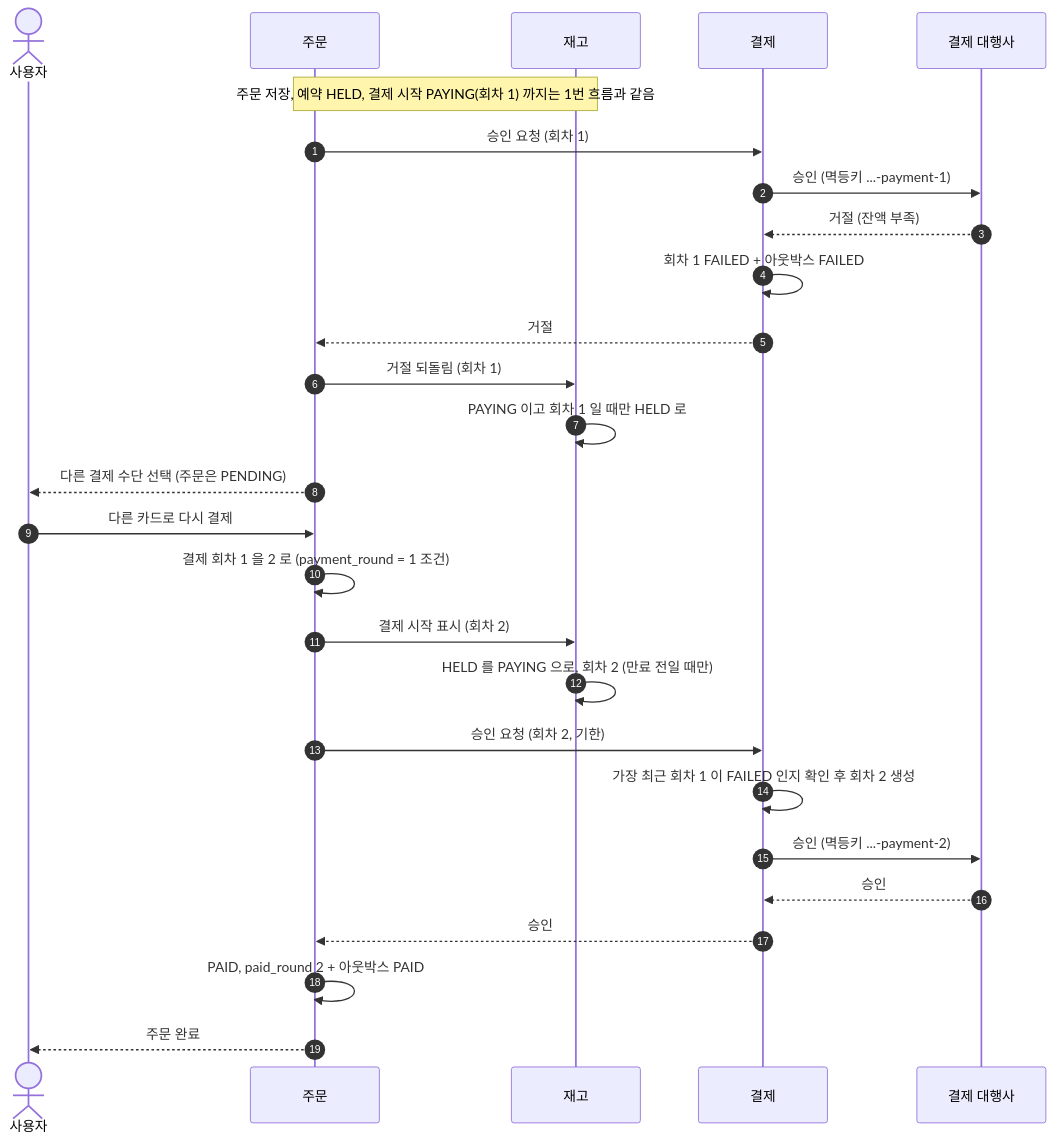
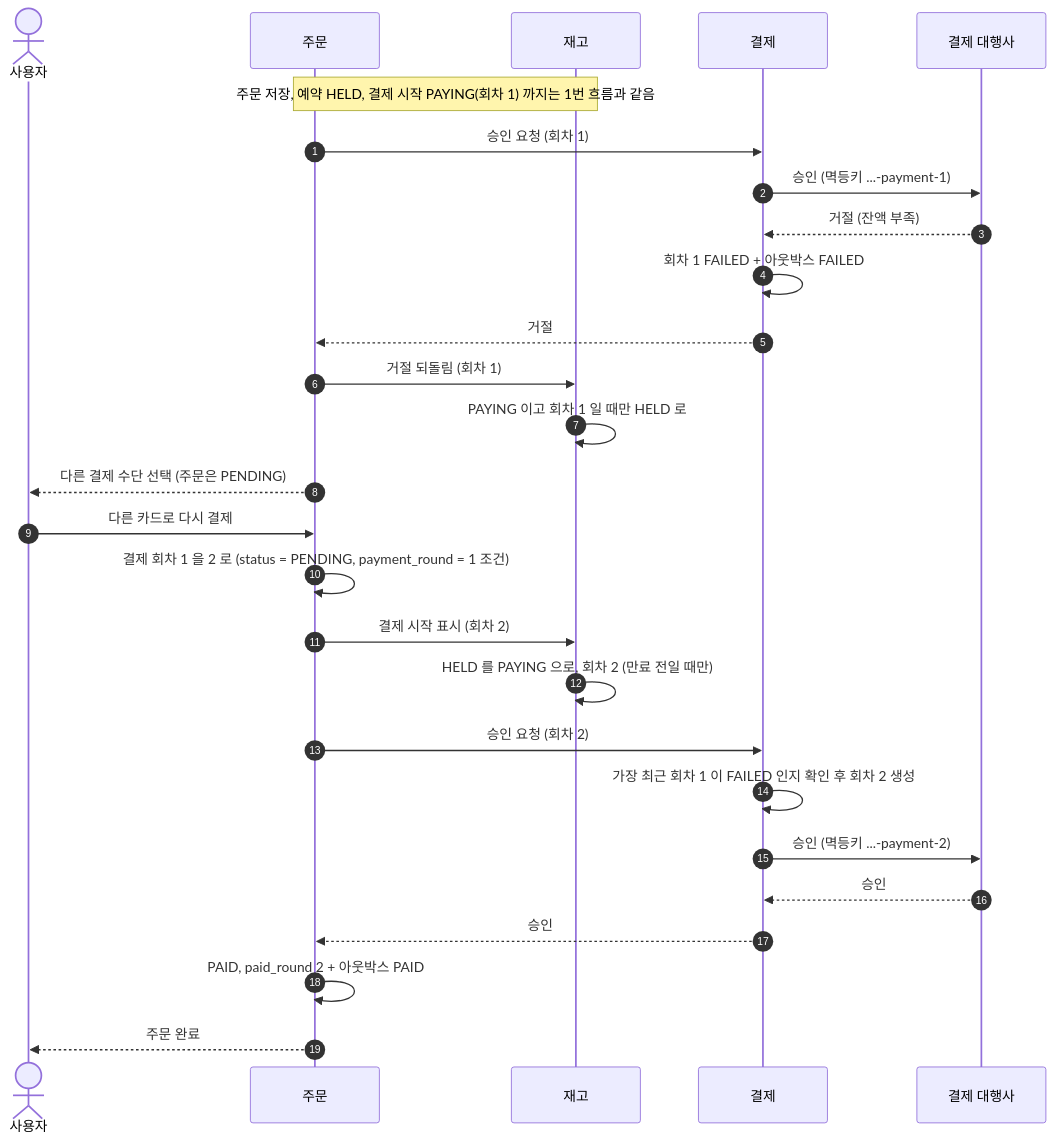
The second of 6 diagrams in docs/sequence/01-주문과-결제.md (Bamdule/dawn-delivery-commerce), drawn with Mermaid before and after one commit. The commit also changed other lines of this file and 16 other files, not shown here.

````diff
--- a/docs/sequence/01-주문과-결제.md
+++ b/docs/sequence/01-주문과-결제.md
@@ -60,31 +60,31 @@
 ```mermaid
 sequenceDiagram
     autonumber
     actor 사용자
     participant 주문
     participant 재고
     participant 결제
     participant 대행사 as 결제 대행사
 
     Note over 주문,재고: 주문 저장, 예약 HELD, 결제 시작 PAYING(회차 1) 까지는 1번 흐름과 같음
     주문->>결제: 승인 요청 (회차 1)
     결제->>대행사: 승인 (멱등키 ...-payment-1)
     대행사-->>결제: 거절 (잔액 부족)
     결제->>결제: 회차 1 FAILED + 아웃박스 FAILED
     결제-->>주문: 거절
     주문->>재고: 거절 되돌림 (회차 1)
     재고->>재고: PAYING 이고 회차 1 일 때만 HELD 로
     주문-->>사용자: 다른 결제 수단 선택 (주문은 PENDING)
 
     사용자->>주문: 다른 카드로 다시 결제
-    주문->>주문: 결제 회차 1 을 2 로 (payment_round = 1 조건)
+    주문->>주문: 결제 회차 1 을 2 로 (status = PENDING, payment_round = 1 조건)
     주문->>재고: 결제 시작 표시 (회차 2)
     재고->>재고: HELD 를 PAYING 으로, 회차 2 (만료 전일 때만)
-    주문->>결제: 승인 요청 (회차 2, 기한)
+    주문->>결제: 승인 요청 (회차 2)
     결제->>결제: 가장 최근 회차 1 이 FAILED 인지 확인 후 회차 2 생성
     결제->>대행사: 승인 (멱등키 ...-payment-2)
     대행사-->>결제: 승인
     결제-->>주문: 승인
     주문->>주문: PAID, paid_round 2 + 아웃박스 PAID
     주문-->>사용자: 주문 완료
 ```
````
